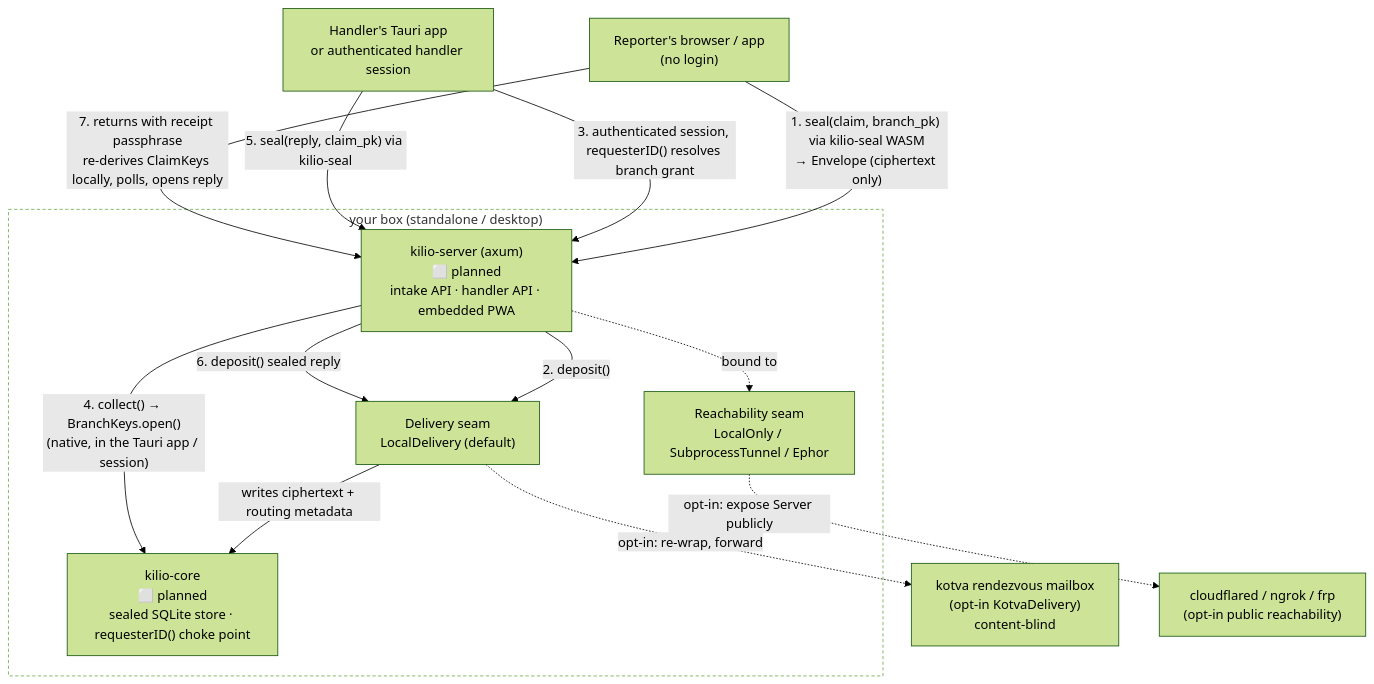
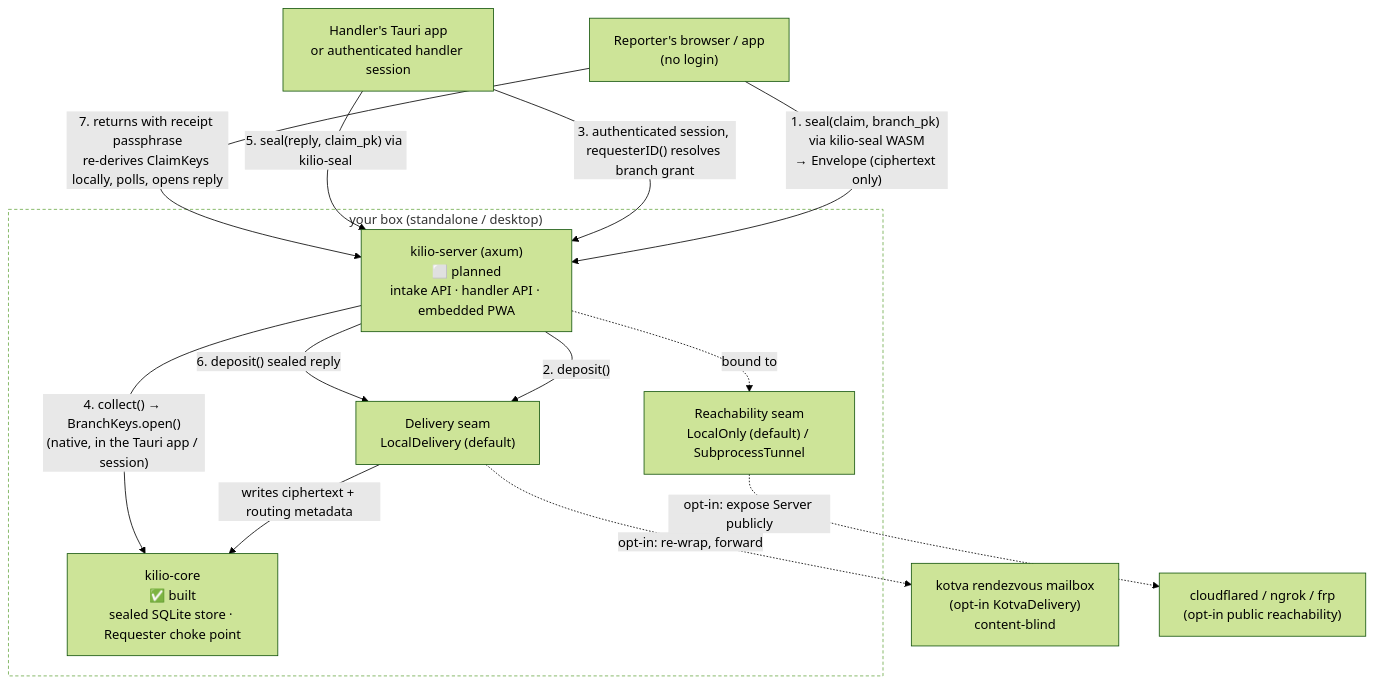
Before and after one commit to vul-os/kilio: the diagram in docs/ARCHITECTURE.md, drawn with Mermaid (forest theme). The commit also changed other lines of this file and 26 other files, not shown here.

````diff
--- a/docs/ARCHITECTURE.md
+++ b/docs/ARCHITECTURE.md
@@ -130,31 +141,31 @@
 ```mermaid
 flowchart TD
     Reporter["Reporter's browser / app<br/>(no login)"]
     Handler["Handler's Tauri app<br/>or authenticated handler session"]
 
     subgraph Box["your box (standalone / desktop)"]
         Server["kilio-server (axum)<br/>⬜ planned<br/>intake API · handler API · embedded PWA"]
-        Core["kilio-core<br/>⬜ planned<br/>sealed SQLite store · requesterID() choke point"]
+        Core["kilio-core<br/>✅ built<br/>sealed SQLite store · Requester choke point"]
         Delivery["Delivery seam<br/>LocalDelivery (default)"]
-        Reach["Reachability seam<br/>LocalOnly / SubprocessTunnel / Ephor"]
+        Reach["Reachability seam<br/>LocalOnly (default) / SubprocessTunnel"]
     end
 
     KotvaRelay["kotva rendezvous mailbox<br/>(opt-in KotvaDelivery)<br/>content-blind"]
     TunnelProvider["cloudflared / ngrok / frp<br/>(opt-in public reachability)"]
 
     Reporter -- "1. seal(claim, branch_pk) via kilio-seal WASM<br/>→ Envelope (ciphertext only)" --> Server
     Server -- "2. deposit()" --> Delivery
     Delivery -- "writes ciphertext + routing metadata" --> Core
     Delivery -. "opt-in: re-wrap, forward" .-> KotvaRelay
     Reach -. "opt-in: expose Server publicly" .-> TunnelProvider
     Server -. bound to .-> Reach
 
     Handler -- "3. authenticated session, requesterID() resolves branch grant" --> Server
     Server -- "4. collect() → BranchKeys.open()<br/>(native, in the Tauri app / session)" --> Core
     Handler -- "5. seal(reply, claim_pk) via kilio-seal" --> Server
     Server -- "6. deposit() sealed reply" --> Delivery
 
     Reporter -- "7. returns with receipt passphrase<br/>re-derives ClaimKeys locally, polls, opens reply" --> Server
 
     style Box fill:#0000,stroke-dasharray: 4 3
 ```
````
